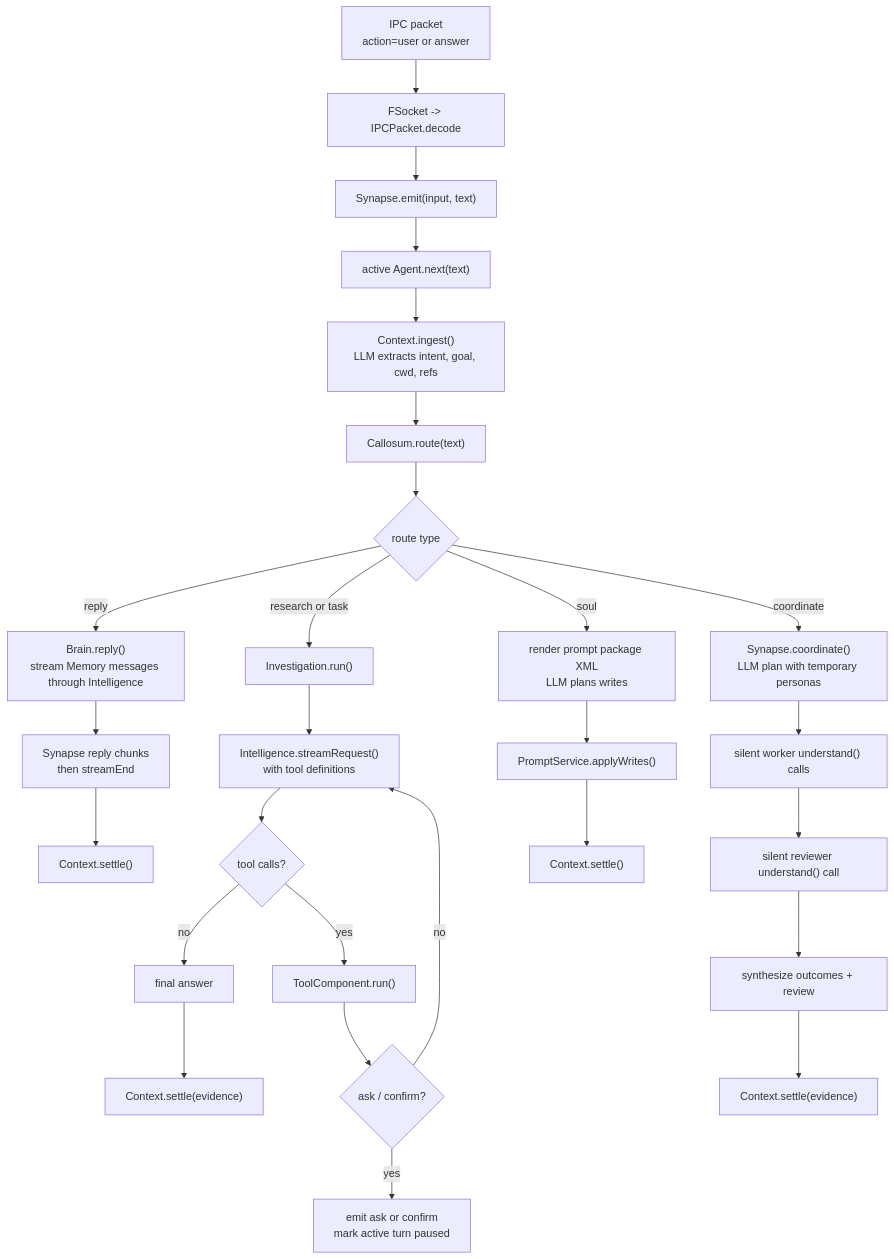
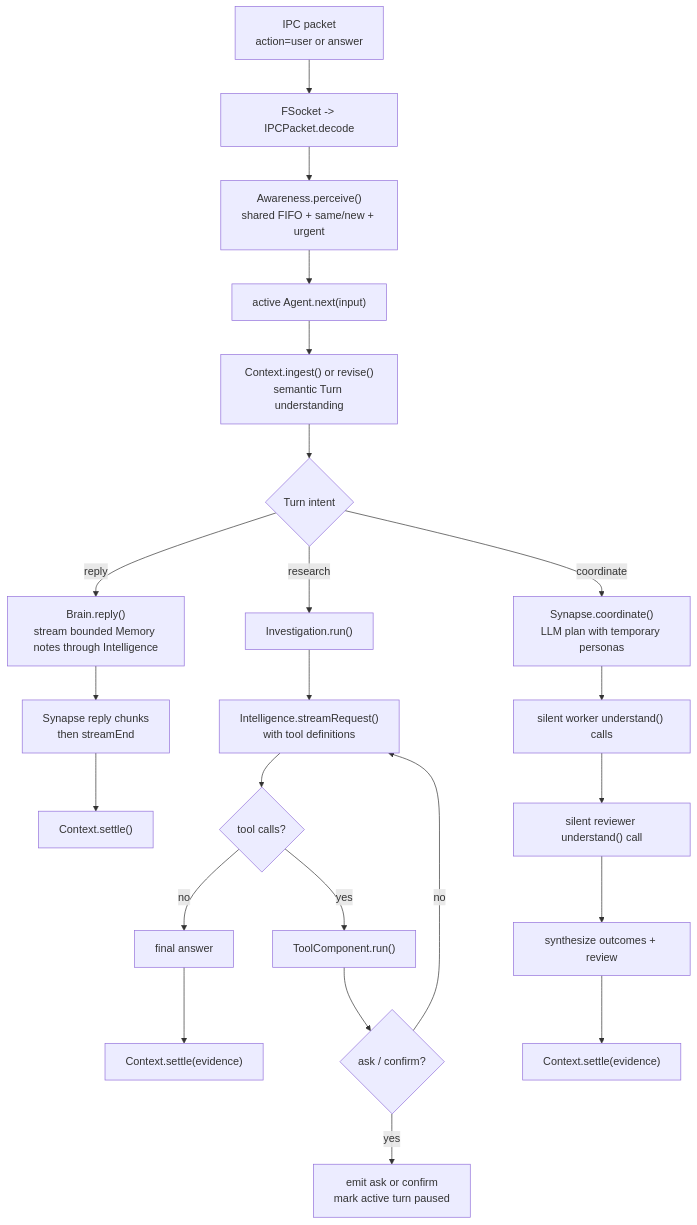
The third of 3 diagrams in README.md (flyflor/flyflor), drawn with Mermaid before and after one commit. The commit also changed other lines of this file and 54 other files, not shown here.

````diff
--- a/README.md
+++ b/README.md
@@ -74,33 +75,28 @@
 ```mermaid
 flowchart TD
     User["IPC packet<br/>action=user or answer"] --> Decode["FSocket -> IPCPacket.decode"]
-    Decode --> Input["Synapse.emit(input, text)"]
-    Input --> AgentNext["active Agent.next(text)"]
-    AgentNext --> Ingest["Context.ingest()<br/>LLM extracts intent, goal, cwd, refs"]
-    Ingest --> Route["Callosum.route(text)"]
+    Decode --> Gate["Awareness.perceive()<br/>shared FIFO + same/new + urgent"]
+    Gate --> AgentNext["active Agent.next(input)"]
+    AgentNext --> Ingest["Context.ingest() or revise()<br/>semantic Turn understanding"]
 
-    Route --> Choice{"route type"}
-    Choice -- reply --> Reply["Brain.reply()<br/>stream Memory messages through Intelligence"]
+    Ingest --> Choice{"Turn intent"}
+    Choice -- reply --> Reply["Brain.reply()<br/>stream bounded Memory notes through Intelligence"]
     Reply --> ReplyOut["Synapse reply chunks<br/>then streamEnd"]
     ReplyOut --> Settle1["Context.settle()"]
 
-    Choice -- research or task --> Research["Investigation.run()"]
+    Choice -- research --> Research["Investigation.run()"]
     Research --> LlmTools["Intelligence.streamRequest()<br/>with tool definitions"]
     LlmTools --> HasAction{"tool calls?"}
     HasAction -- no --> FinalAnswer["final answer"]
     HasAction -- yes --> RunTool["ToolComponent.run()"]
     RunTool --> Pause{"ask / confirm?"}
     Pause -- yes --> UserPause["emit ask or confirm<br/>mark active turn paused"]
     Pause -- no --> LlmTools
     FinalAnswer --> Settle2["Context.settle(evidence)"]
 
-    Choice -- soul --> Soul["render prompt package XML<br/>LLM plans writes"]
-    Soul --> Apply["PromptService.applyWrites()"]
-    Apply --> Settle3["Context.settle()"]
-
     Choice -- coordinate --> Coordinate["Synapse.coordinate()<br/>LLM plan with temporary personas"]
     Coordinate --> Workers["silent worker understand() calls"]
     Workers --> Review["silent reviewer understand() call"]
     Review --> Synthesis["synthesize outcomes + review"]
     Synthesis --> Settle4["Context.settle(evidence)"]
 ```
````
